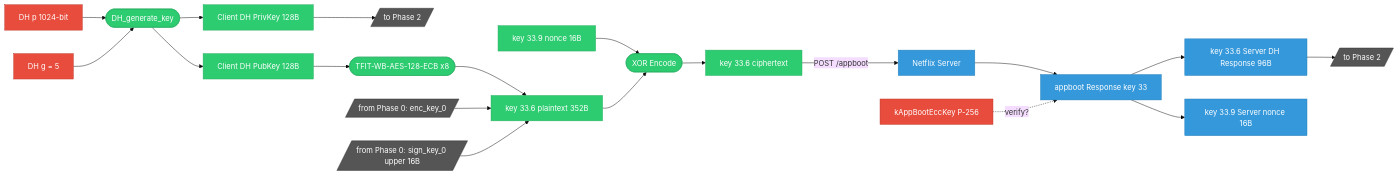
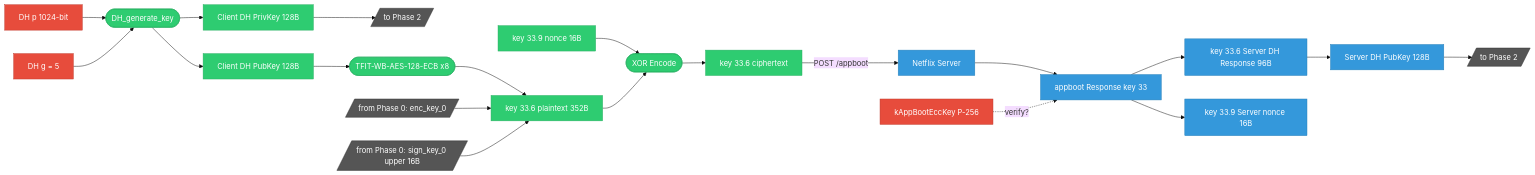
One commit to qtmleap/revkit changed the second of 9 diagrams in docs/spec/msl_key_relationship.md. Above: the diagram before and after it, drawn with Mermaid (base theme). The commit also changed other lines of this file, not shown here.

Commit message:
docs(spec): Phase 1 で key 33.6 → Server DH PubKey 抽出を明示
key 33.6 (96B) から Server DH PubKey (128B) を取り出すステップを追加。
Phase 2 には PubKey のみが渡されることを図で明確化。

````diff
--- a/docs/spec/msl_key_relationship.md
+++ b/docs/spec/msl_key_relationship.md
@@ -39,41 +39,43 @@
 ```mermaid
 graph LR
     DH_P["DH p 1024-bit"] --> OP_DHGEN(["DH_generate_key"])
     DH_G["DH g = 5"] --> OP_DHGEN
     OP_DHGEN --> DH_PUB["Client DH PubKey 128B"]
     OP_DHGEN --> DH_PRIV["Client DH PrivKey 128B"]
     DH_PRIV --> TO_P2a[/"to Phase 2"/]
     DH_PUB --> OP_TFIT1(["TFIT-WB-AES-128-ECB x8"])
     OP_TFIT1 --> KEY336_PT["key 33.6 plaintext 352B"]
     FROM_P0a[/"from Phase 0: enc_key_0"/] --> KEY336_PT
     FROM_P0b[/"from Phase 0: sign_key_0 upper 16B"/] --> KEY336_PT
     NONCE_SRV["key 33.9 nonce 16B"] --> OP_XOR(["XOR Encode"])
     KEY336_PT --> OP_XOR
     OP_XOR --> KEY336_ENC["key 33.6 ciphertext"]
     KEY336_ENC -->|POST /appboot| SERVER["Netflix Server"]
     SERVER --> RESP["appboot Response key 33"]
     RESP --> RESP_6["key 33.6 Server DH Response 96B"]
     RESP --> RESP_9["key 33.9 Server nonce 16B"]
-    RESP_6 --> TO_P2b[/"to Phase 2"/]
+    RESP_6 --> SRV_PUB["Server DH PubKey 128B"]
+    SRV_PUB --> TO_P2b[/"to Phase 2"/]
     ECC_BOOT["kAppBootEccKey P-256"] -.->|verify?| RESP
 
     style DH_P fill:#e74c3c,stroke:#c0392b,color:#fff
     style DH_G fill:#e74c3c,stroke:#c0392b,color:#fff
     style ECC_BOOT fill:#e74c3c,stroke:#c0392b,color:#fff
     style NONCE_SRV fill:#2ecc71,stroke:#27ae60,color:#fff
     style SERVER fill:#3498db,stroke:#2980b9,color:#fff
     style RESP fill:#3498db,stroke:#2980b9,color:#fff
     style RESP_6 fill:#3498db,stroke:#2980b9,color:#fff
     style RESP_9 fill:#3498db,stroke:#2980b9,color:#fff
+    style SRV_PUB fill:#3498db,stroke:#2980b9,color:#fff
     style DH_PUB fill:#2ecc71,stroke:#27ae60,color:#fff
     style DH_PRIV fill:#2ecc71,stroke:#27ae60,color:#fff
     style TO_P2a fill:#555,stroke:#333,color:#fff
     style TO_P2b fill:#555,stroke:#333,color:#fff
     style OP_DHGEN fill:#2ecc71,stroke:#27ae60,color:#fff
     style OP_TFIT1 fill:#2ecc71,stroke:#27ae60,color:#fff
     style OP_XOR fill:#2ecc71,stroke:#27ae60,color:#fff
     style KEY336_PT fill:#2ecc71,stroke:#27ae60,color:#fff
     style KEY336_ENC fill:#2ecc71,stroke:#27ae60,color:#fff
     style FROM_P0a fill:#555,stroke:#333,color:#fff
     style FROM_P0b fill:#555,stroke:#333,color:#fff
 ```
````
